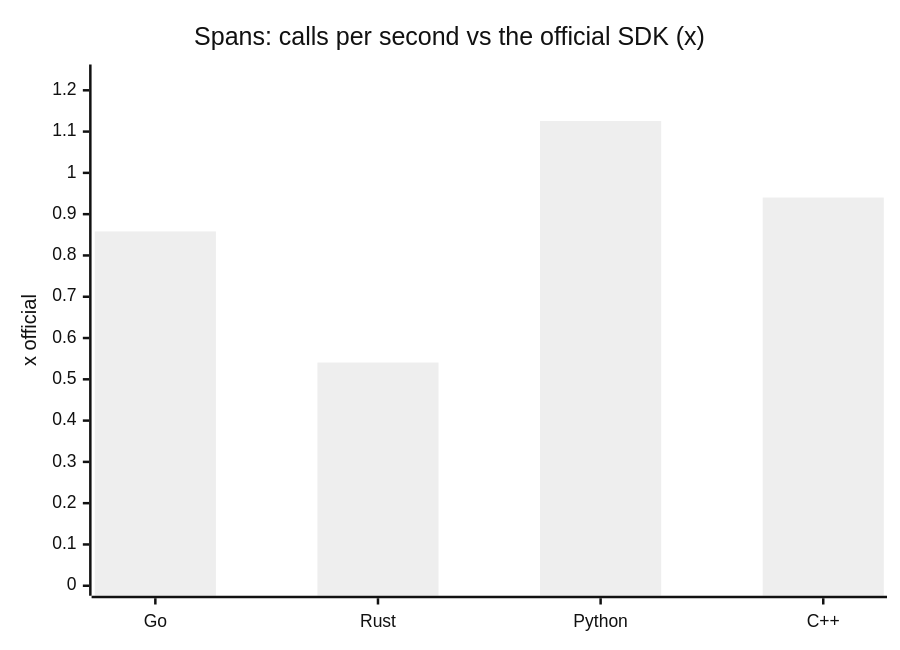
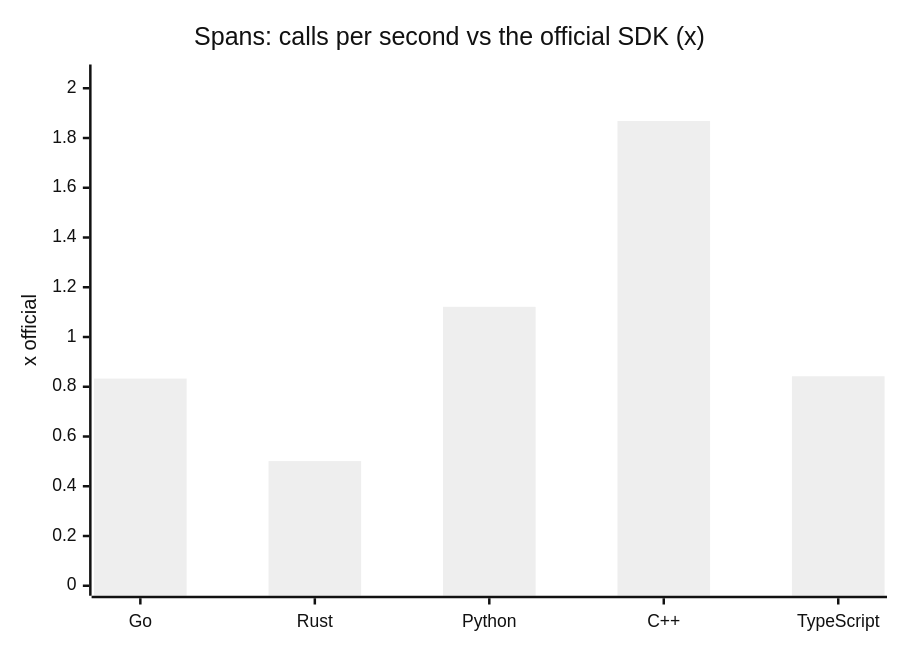
One commit to the-protobuf-project/telemetry changed the eighth of 24 diagrams in docs/benchmark.md. Above: the diagram before and after it, drawn with Mermaid (neutral theme). The commit also changed other lines of this file and 1 other file, not shown here.

First line of the commit message:
docs(bench): rerun every SDK at 1M records per signal, TypeScript included

````diff
--- a/docs/benchmark.md
+++ b/docs/benchmark.md
@@ -95,7 +95,7 @@
 ```mermaid
 xychart-beta
     title "Spans: calls per second vs the official SDK (x)"
-    x-axis ["Go", "Rust", "Python", "C++"]
-    y-axis "x official" 0 --> 1.23828
-    bar [0.858211, 0.540658, 1.12571, 0.940269]
+    x-axis ["Go", "Rust", "Python", "C++", "TypeScript"]
+    y-axis "x official" 0 --> 2.05531
+    bar [0.832922, 0.501093, 1.12133, 1.86846, 0.842194]
 ```
````
